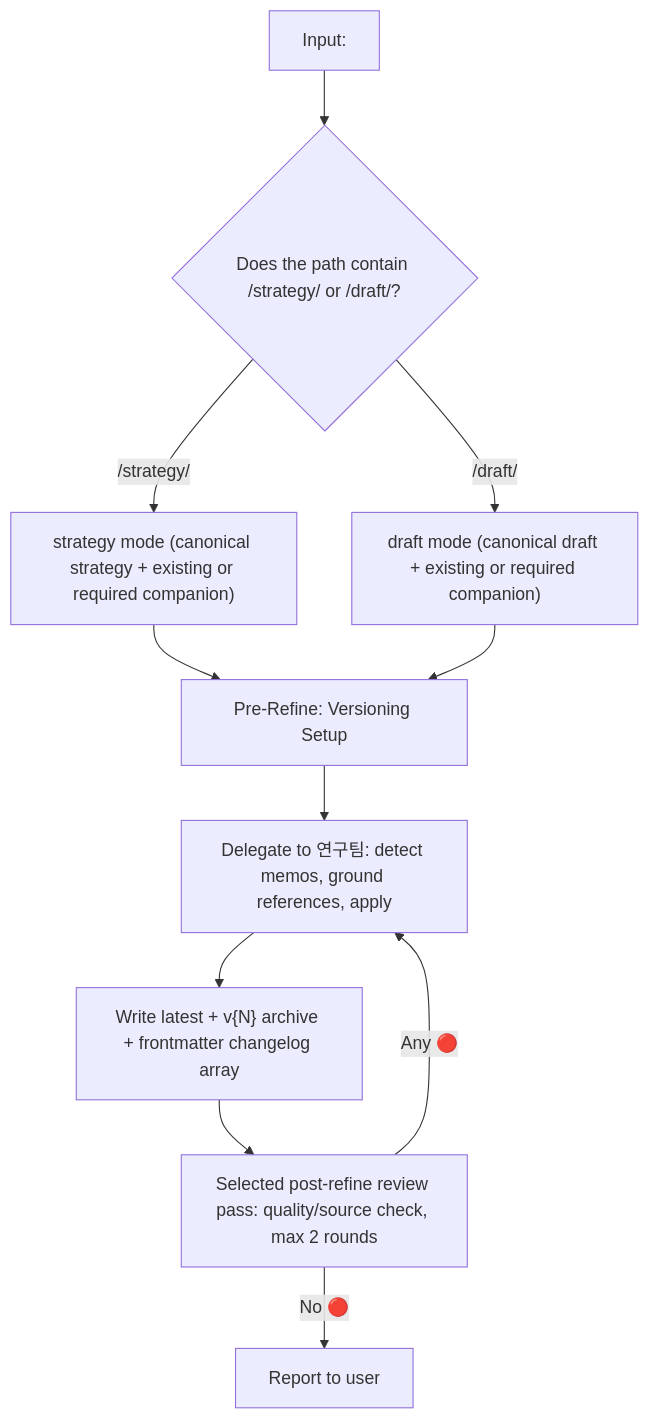
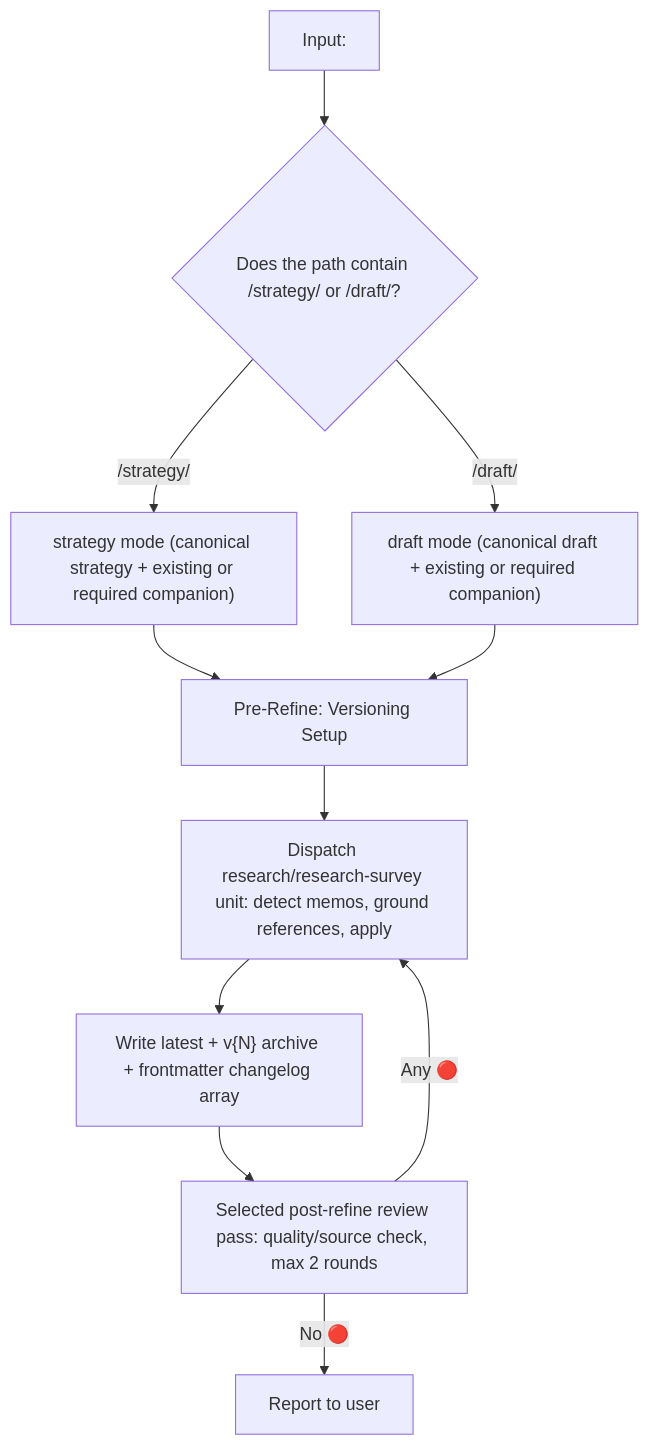
The first of 2 diagrams in skills/draft-refine/README.md (dmlguq456/agent_setting), drawn with Mermaid before and after one commit. The commit also changed other lines of this file and 275 other files, not shown here.

````diff
--- a/skills/draft-refine/README.md
+++ b/skills/draft-refine/README.md
@@ -15,13 +15,13 @@
 ```mermaid
 flowchart TD
     INPUT["Input: <strategy/draft path>"] --> DETECT{"Does the path contain /strategy/ or /draft/?"}
     DETECT -->|/strategy/| STR["strategy mode (canonical strategy + existing or required companion)"]
     DETECT -->|/draft/| DR["draft mode (canonical draft + existing or required companion)"]
     STR --> VER["Pre-Refine: Versioning Setup"]
     DR --> VER
-    VER --> RT["Delegate to 연구팀: detect memos, ground references, apply"]
+    VER --> RT["Dispatch research/research-survey unit: detect memos, ground references, apply"]
     RT --> WRITE["Write latest + v{N} archive + frontmatter changelog array"]
     WRITE --> QA["Selected post-refine review pass: quality/source check, max 2 rounds"]
     QA -->|No 🔴| DONE["Report to user"]
     QA -->|Any 🔴| RT
 ```
````
